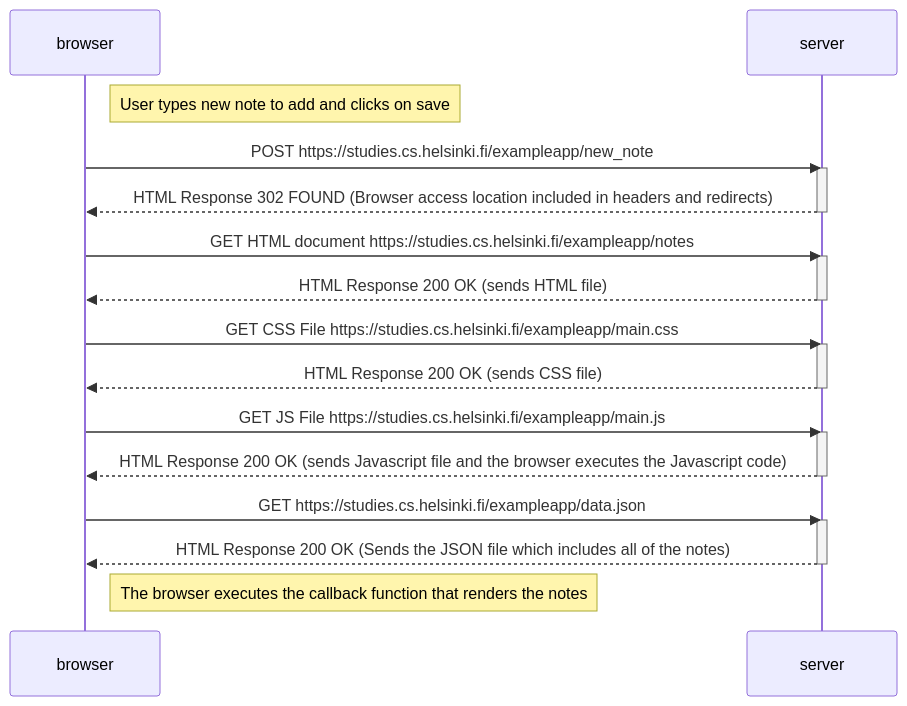
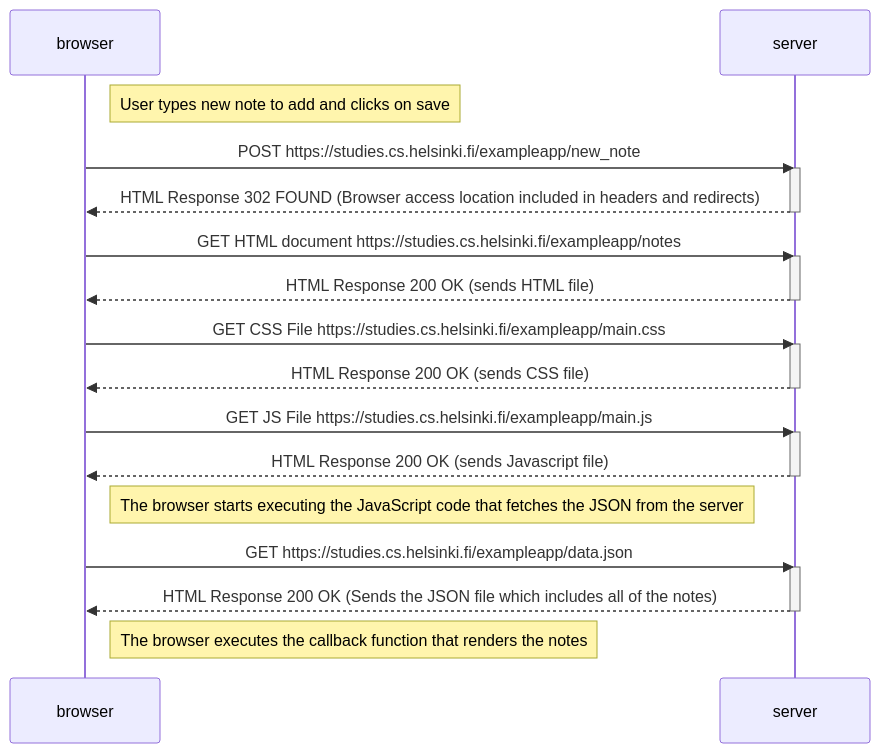
One commit to cvalt-code/FSO-Exercises changed the diagram in part0/0.4.md. Above: the diagram before and after it, drawn with Mermaid.

Commit message:
fix exercise 0.4

````diff
--- a/part0/0.4.md
+++ b/part0/0.4.md
@@ -1,35 +1,37 @@
 ```mermaid
 sequenceDiagram
     participant browser
     participant server
 
     Note right of browser: User types new note to add and clicks on save
 
     browser->>server: POST https://studies.cs.helsinki.fi/exampleapp/new_note
     activate server
     server-->>browser:  HTML Response 302 FOUND (Browser access location included in headers and redirects) 
     deactivate server
 
 
     browser->>server: GET HTML document https://studies.cs.helsinki.fi/exampleapp/notes
     activate server
     server-->>browser: HTML Response 200 OK (sends HTML file)
     deactivate server
 
     browser->>server: GET CSS File https://studies.cs.helsinki.fi/exampleapp/main.css
     activate server
     server-->>browser: HTML Response 200 OK (sends CSS file)
     deactivate server
 
     browser->>server: GET JS File https://studies.cs.helsinki.fi/exampleapp/main.js
     activate server
-    server-->>browser: HTML Response 200 OK (sends Javascript file and the browser executes the Javascript code)
+    server-->>browser: HTML Response 200 OK (sends Javascript file)
     deactivate server
+
+    Note right of browser: The browser starts executing the JavaScript code that fetches the JSON from the server
 
     browser->>server: GET https://studies.cs.helsinki.fi/exampleapp/data.json
     activate server
     server-->>browser: HTML Response 200 OK (Sends the JSON file which includes all of the notes)
     deactivate server
 
     Note right of browser: The browser executes the callback function that renders the notes
 ```
````
